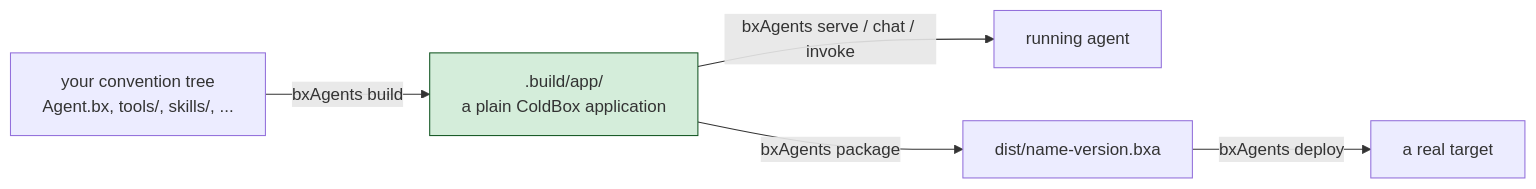
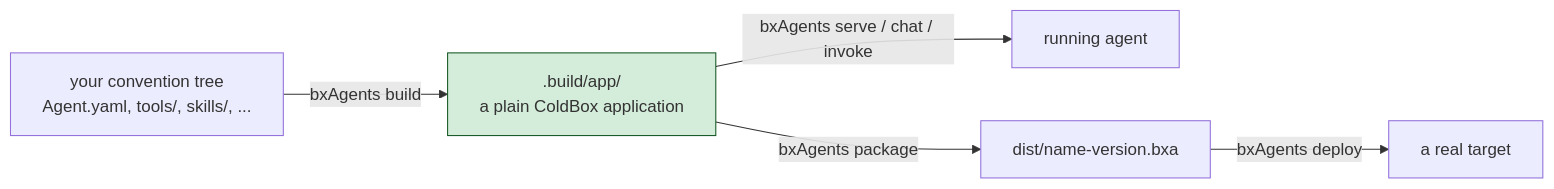
The diagram in docs/course/02-what-is-bxagents.md (ortus-boxlang/bx-agents), drawn with Mermaid before and after one commit. The commit also changed other lines of this file and 110 other files, not shown here.

First line of the commit message:
Docs, specs and CLI text for Agent.yaml: new reference page, every page and its 1.0.x and Spanish copies, doctor image, changelog

````diff
--- a/docs/course/02-what-is-bxagents.md
+++ b/docs/course/02-what-is-bxagents.md
@@ -22,9 +22,9 @@
 ```mermaid
 flowchart LR
-    A["your convention tree<br/>Agent.bx, tools/, skills/, ..."] -->|"bxAgents build"| B[".build/app/<br/>a plain ColdBox application"]
+    A["your convention tree<br/>Agent.yaml, tools/, skills/, ..."] -->|"bxAgents build"| B[".build/app/<br/>a plain ColdBox application"]
     B -->|"bxAgents serve / chat / invoke"| C["running agent"]
     B -->|"bxAgents package"| D["dist/name-version.bxa"]
     D -->|"bxAgents deploy"| E["a real target"]
 
     style B fill:#d4edda,stroke:#155724
 ```
````
